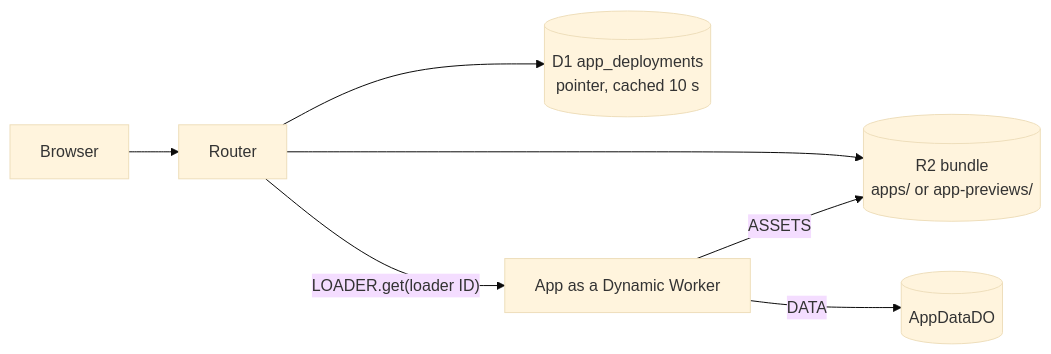
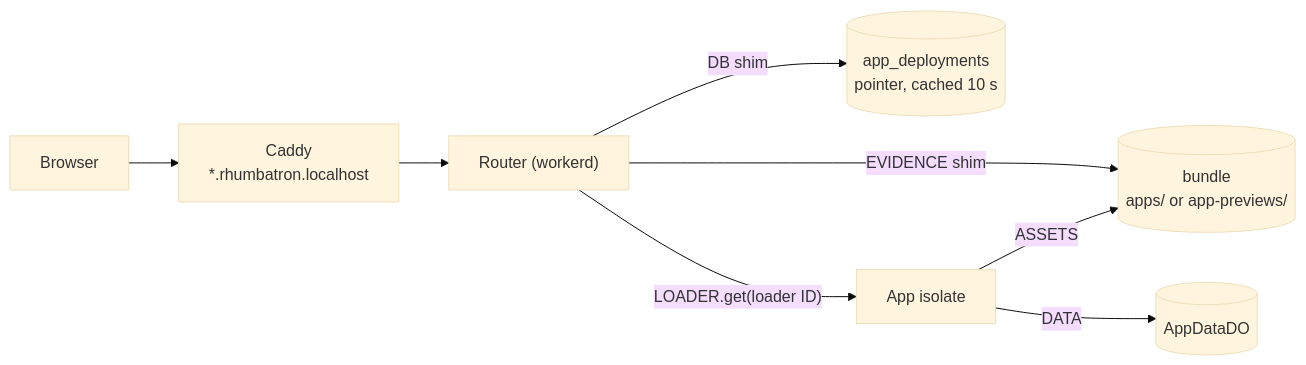
The first of 2 diagrams in docs/architecture/live-apps.md (nsudhanva/rhumbatron), drawn with Mermaid (base theme) before and after one commit. The commit also changed other lines of this file and 322 other files, not shown here.

````diff
--- a/docs/architecture/live-apps.md
+++ b/docs/architecture/live-apps.md
@@ -52,9 +51,10 @@
 ```mermaid
 flowchart LR
-  USER["Browser"] --> R["Router"]
-  R --> P[("D1 app_deployments<br/>pointer, cached 10 s")]
-  R --> B[("R2 bundle<br/>apps/ or app-previews/")]
-  R -->|"LOADER.get(loader ID)"| DW["App as a Dynamic Worker"]
+  USER["Browser"] --> CADDY["Caddy<br/>*.rhumbatron.localhost"]
+  CADDY --> R["Router (workerd)"]
+  R -->|"DB shim"| P[("app_deployments<br/>pointer, cached 10 s")]
+  R -->|"EVIDENCE shim"| B[("bundle<br/>apps/ or app-previews/")]
+  R -->|"LOADER.get(loader ID)"| DW["App isolate"]
   DW -->|"ASSETS"| B
   DW -->|"DATA"| DO[("AppDataDO")]
 ```
````
